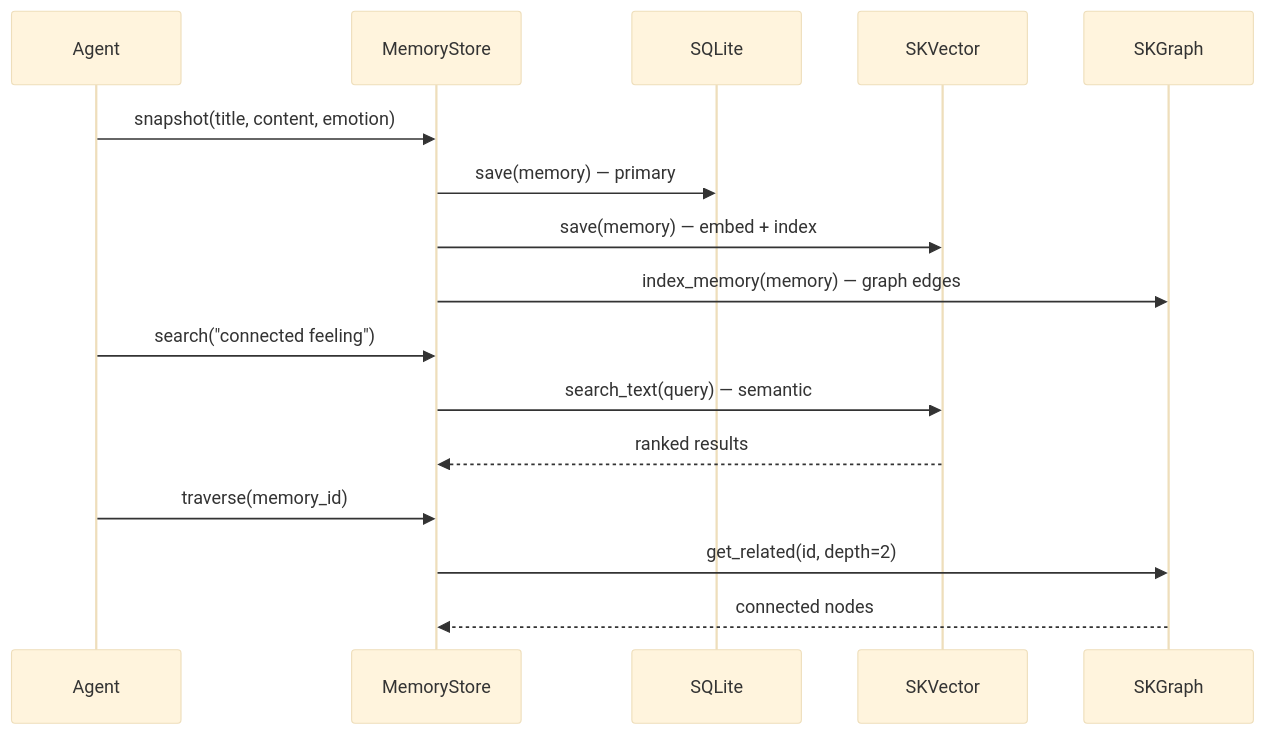
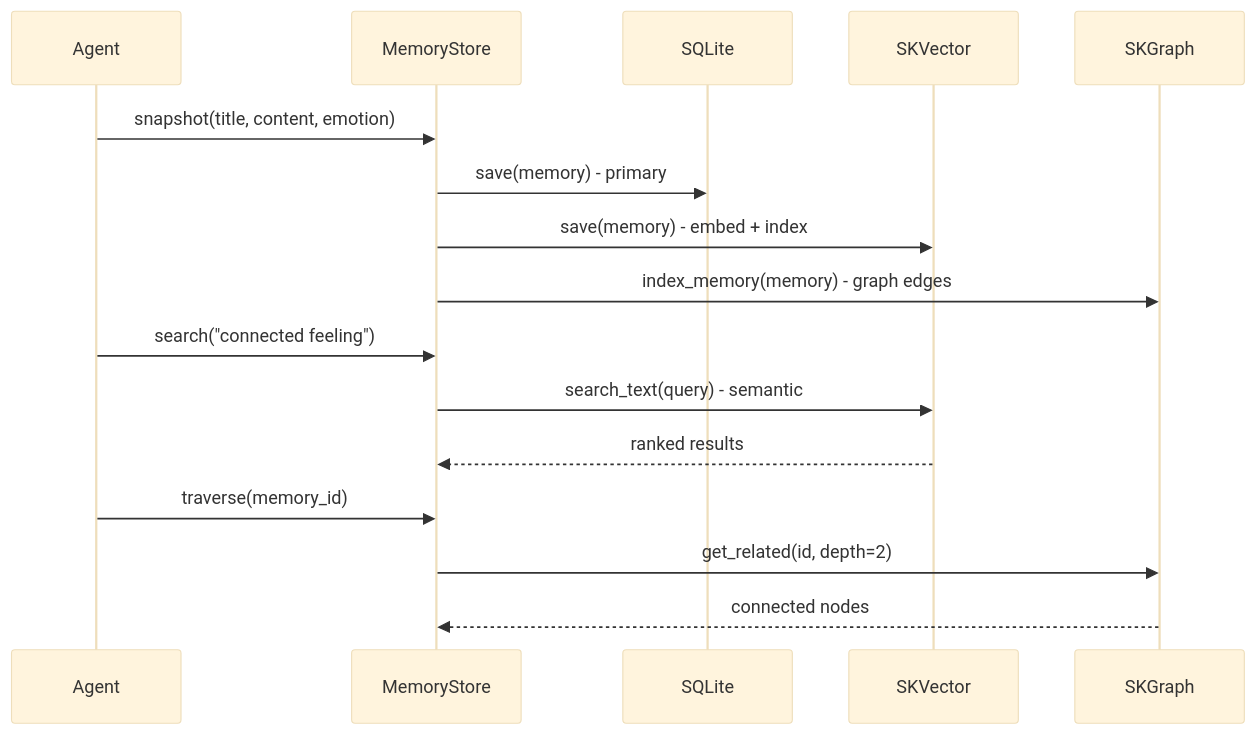
One commit to smilinTux/skmemory changed the tenth of 14 diagrams in docs/ARCHITECTURE.md. Above: the diagram before and after it, drawn with Mermaid (base theme). The commit also changed other lines of this file and 14 other files, not shown here.

````diff
--- a/docs/ARCHITECTURE.md
+++ b/docs/ARCHITECTURE.md
@@ -577,18 +600,18 @@
 ```mermaid
 sequenceDiagram
     participant A as Agent
     participant MS as MemoryStore
     participant SQ as SQLite
     participant SV as SKVector
     participant SG as SKGraph
     A->>MS: snapshot(title, content, emotion)
-    MS->>SQ: save(memory) — primary
-    MS->>SV: save(memory) — embed + index
-    MS->>SG: index_memory(memory) — graph edges
+    MS->>SQ: save(memory) - primary
+    MS->>SV: save(memory) - embed + index
+    MS->>SG: index_memory(memory) - graph edges
     A->>MS: search("connected feeling")
-    MS->>SV: search_text(query) — semantic
+    MS->>SV: search_text(query) - semantic
     SV-->>MS: ranked results
     A->>MS: traverse(memory_id)
     MS->>SG: get_related(id, depth=2)
     SG-->>MS: connected nodes
 ```
````
